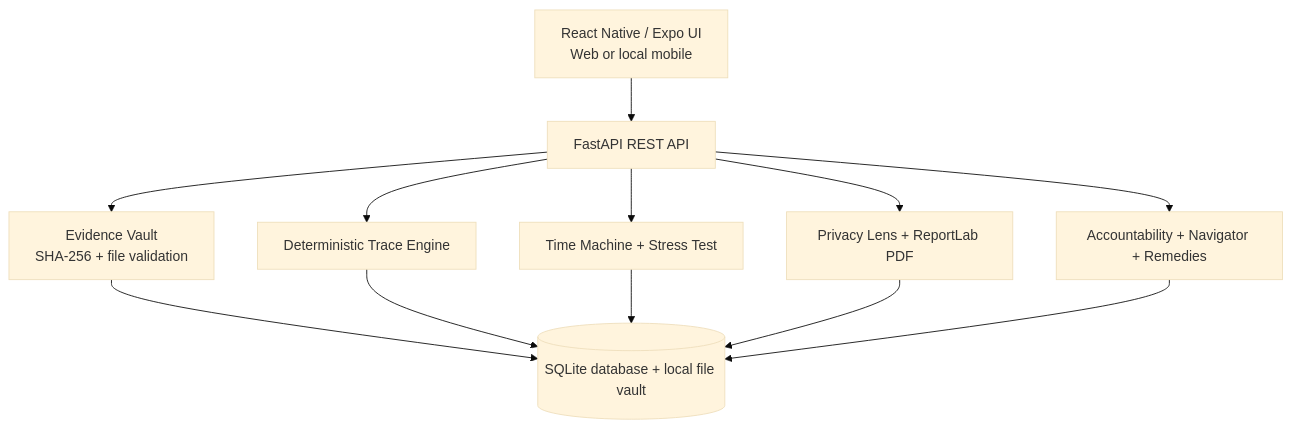
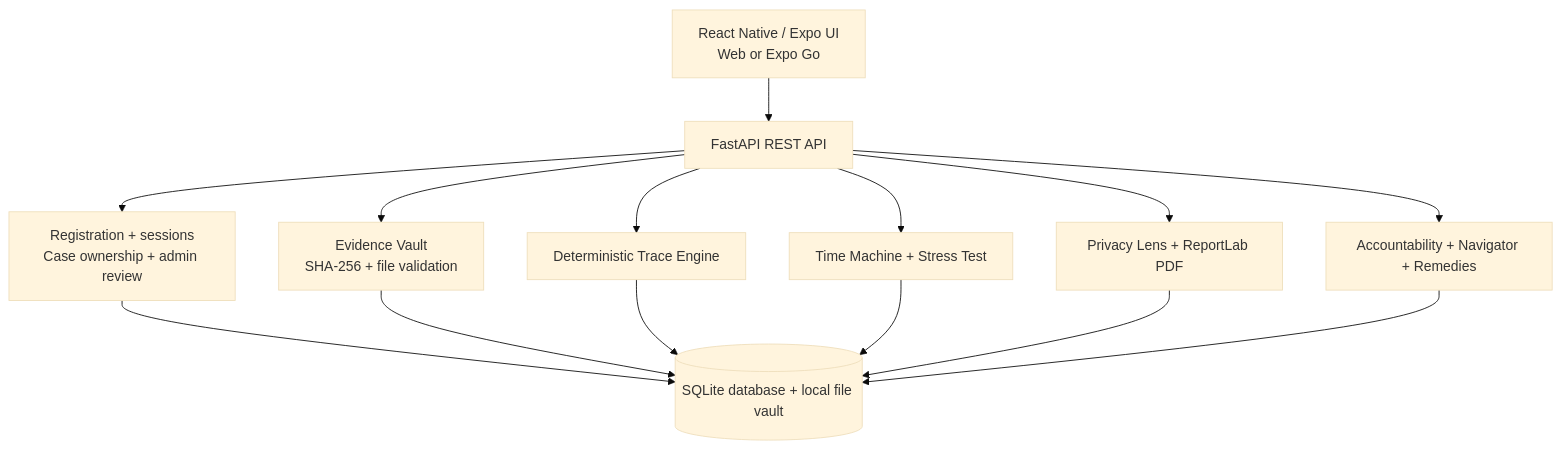
One commit to bh00mi-11/ProofPATH changed the first of 3 diagrams in README.md. Above: the diagram before and after it, drawn with Mermaid (base theme). The commit also changed other lines of this file, not shown here.

Commit message:
docs: finalize concise local Expo MVP README with login, admin review and PDF sharing

````diff
--- a/README.md
+++ b/README.md
@@ -41,14 +38,16 @@
 ```mermaid
 flowchart TD
-    U["React Native / Expo UI<br/>Web or local mobile"] --> R["FastAPI REST API"]
+    U["React Native / Expo UI<br/>Web or Expo Go"] --> R["FastAPI REST API"]
+    R --> AUTH["Registration + sessions<br/>Case ownership + admin review"]
+    AUTH --> D
     R --> V["Evidence Vault<br/>SHA-256 + file validation"]
     R --> T["Deterministic Trace Engine"]
     R --> S["Time Machine + Stress Test"]
     R --> P["Privacy Lens + ReportLab PDF"]
     R --> A["Accountability + Navigator + Remedies"]
     V --> D[("SQLite database + local file vault")]
     T --> D
     S --> D
     P --> D
     A --> D
 ```
````
